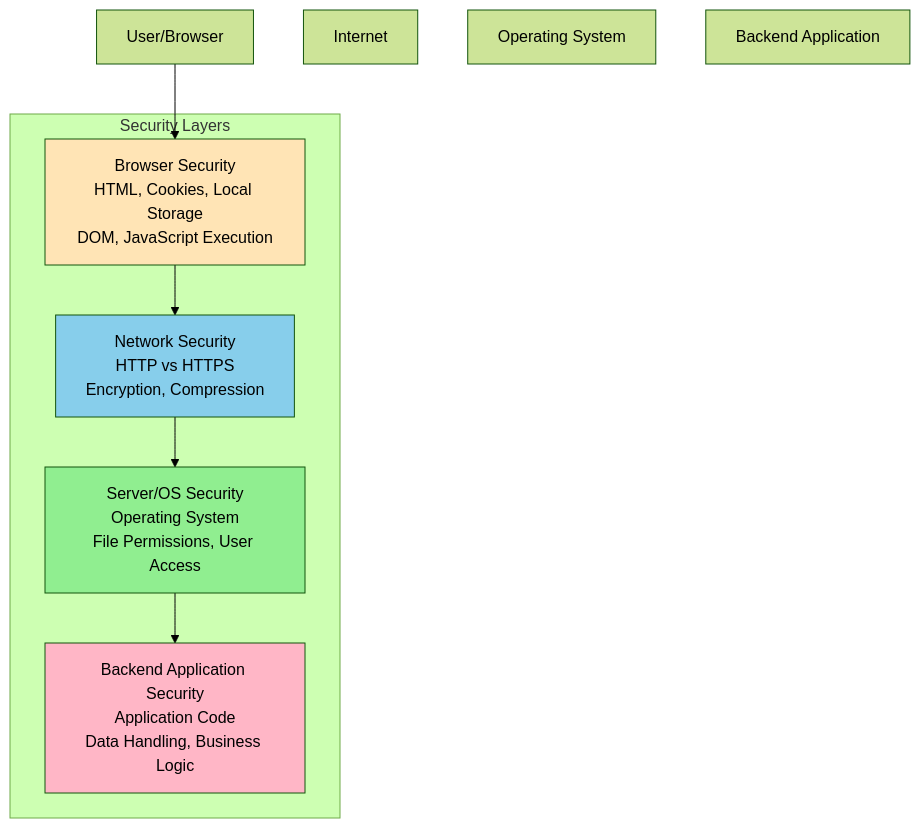
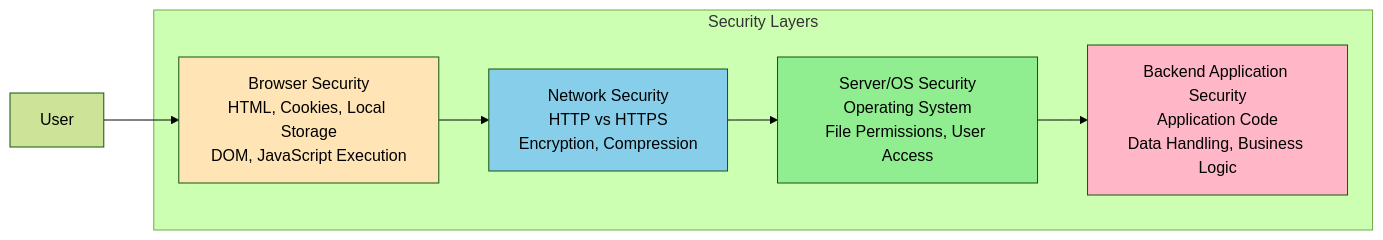
The first of 15 diagrams in 15.Backend Security/README.md (ahmed-226/Backend-from-first-principles), drawn with Mermaid (forest theme) before and after one commit. The commit also changed other lines of this file and 1 other file, not shown here.

````diff
--- a/15.Backend Security/README.md
+++ b/15.Backend Security/README.md
@@ -85,24 +85,20 @@
 ```mermaid
-graph TB
+graph LR
     subgraph "Security Layers"
         A["Browser Security<br/>HTML, Cookies, Local Storage<br/>DOM, JavaScript Execution"]
         B["Network Security<br/>HTTP vs HTTPS<br/>Encryption, Compression"]
         C["Server/OS Security<br/>Operating System<br/>File Permissions, User Access"]
         D["Backend Application Security<br/>Application Code<br/>Data Handling, Business Logic"]
     end
-    
-    User["User/Browser"]
-    Internet["Internet"]
-    OS["Operating System"]
-    App["Backend Application"]
+
     
     User --> A
     A --> B
     B --> C
     C --> D
     
-    style A fill:#FFE4B5
-    style B fill:#87CEEB
-    style C fill:#90EE90
-    style D fill:#FFB6C6
+    style A fill:#FFE4B5,color:#000
+    style B fill:#87CEEB,color:#000
+    style C fill:#90EE90,color:#000
+    style D fill:#FFB6C6,color:#000
 ```
````
